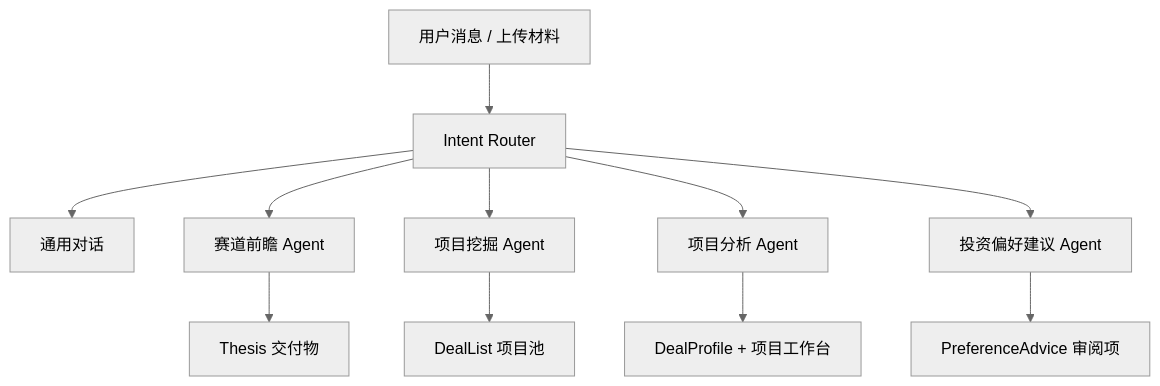
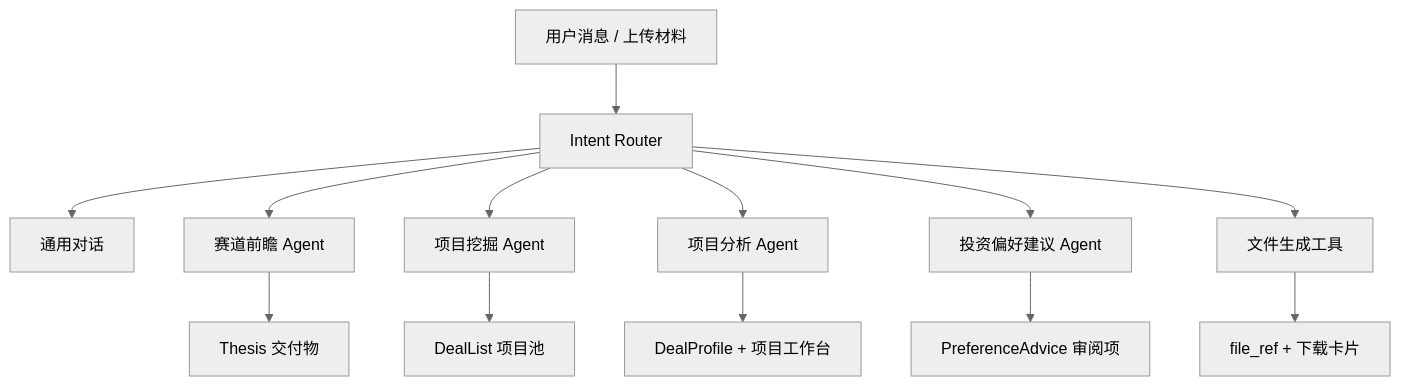
Before and after one commit to taoshi1999/AtomCAP: the third of 7 diagrams in README.md, drawn with Mermaid (neutral theme). The commit also changed other lines of this file and 5 other files, not shown here.

````diff
--- a/README.md
+++ b/README.md
@@ -169,13 +187,15 @@
 ```mermaid
 flowchart TD
   Msg["用户消息 / 上传材料"] --> Router["Intent Router"]
   Router --> Chat["通用对话"]
   Router --> Thesis["赛道前瞻 Agent"]
   Router --> Sourcing["项目挖掘 Agent"]
   Router --> Intake["项目分析 Agent"]
   Router --> Pref["投资偏好建议 Agent"]
+  Router --> File["文件生成工具"]
   Thesis --> Deliverable["Thesis 交付物"]
   Sourcing --> DealList["DealList 项目池"]
   Intake --> Deal["DealProfile + 项目工作台"]
   Pref --> Advice["PreferenceAdvice 审阅项"]
+  File --> FileRef["file_ref + 下载卡片"]
 ```
````
